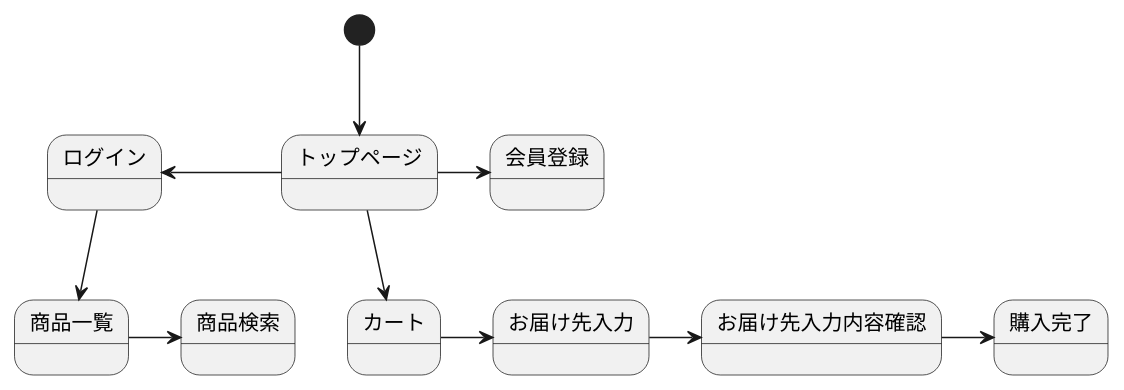
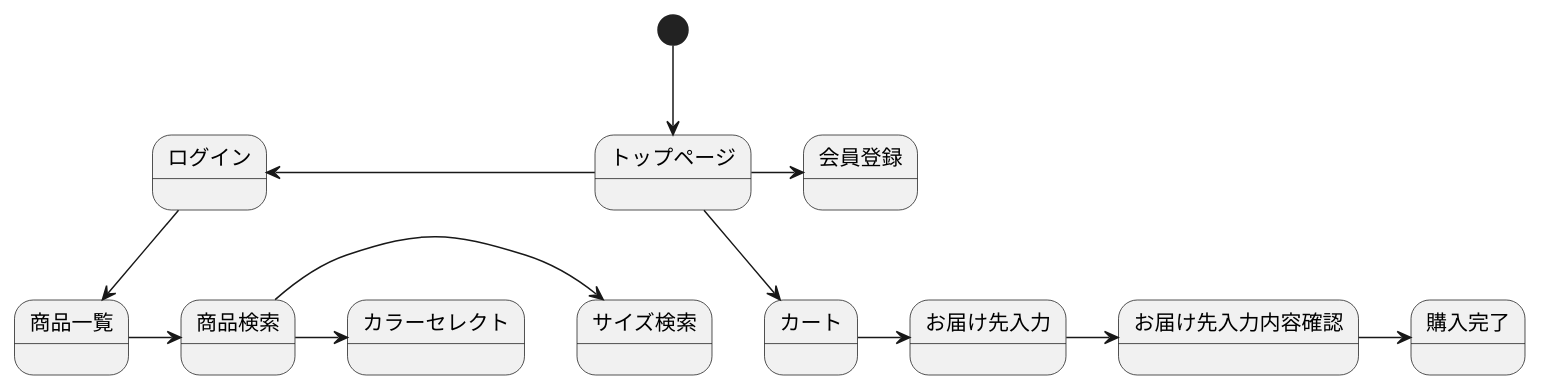
One commit to Aso2001379/2021sys-desing changed the diagram in kadai12.md. Above: the diagram before and after it, drawn with PlantUML.

````diff
--- a/kadai12.md
+++ b/kadai12.md
@@ -1,13 +1,15 @@
 ```uml
 @startuml
 [*] --> トップページ
 トップページ -> 会員登録
 トップページ -left-> ログイン
 ログイン --> 商品一覧
 商品一覧 -> 商品検索
+商品検索 -> サイズ検索
+商品検索 -> カラーセレクト
 トップページ --> カート
 カート -> お届け先入力
 お届け先入力 -> お届け先入力内容確認
 お届け先入力内容確認 -> 購入完了
 @enduml
 ```
````
